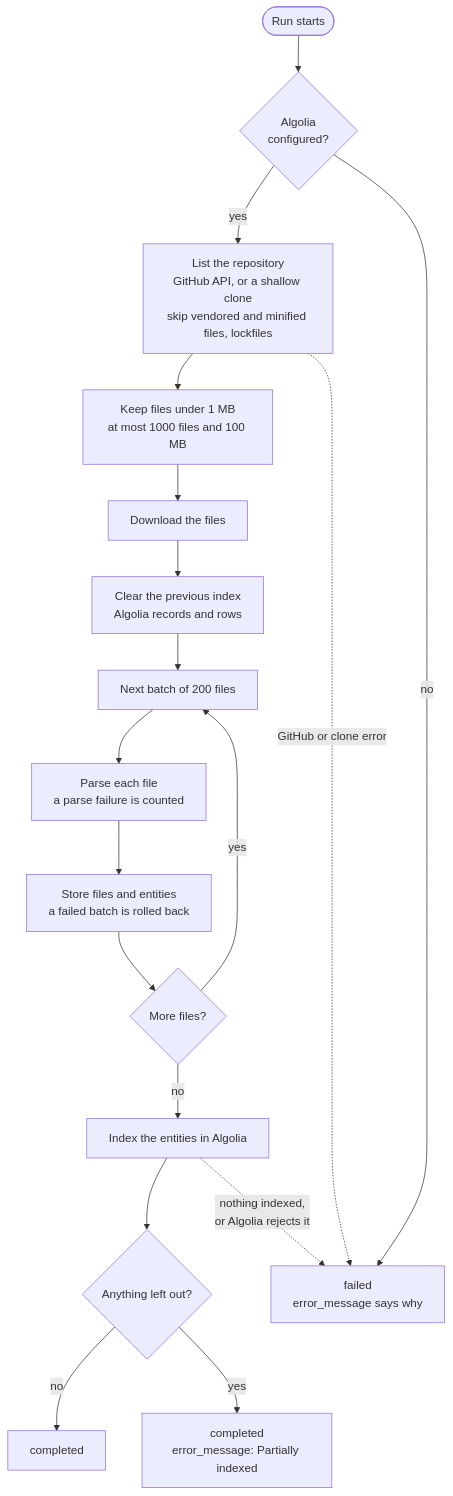
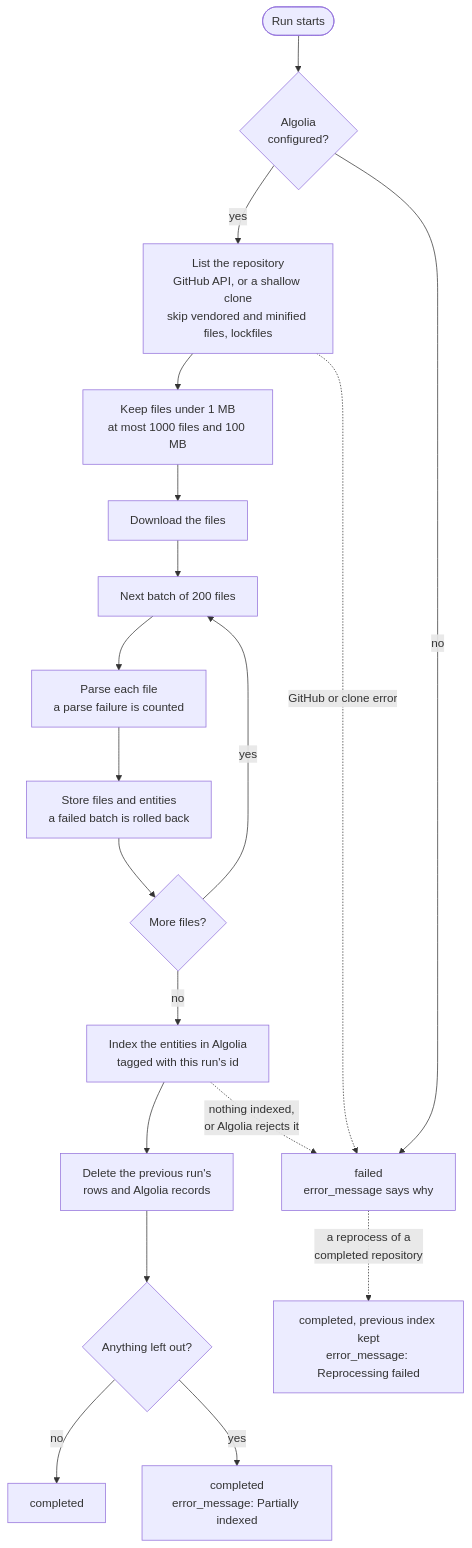
One commit to ntanwir10/codesage-algolia-challenge changed the fourth of 8 diagrams in README.md. Above: the diagram before and after it, drawn with Mermaid. The commit also changed other lines of this file and 6 other files, not shown here.

First line of the commit message:
Docs: match the code (reprocess keeps the previous index, run ids, five dashboard routes, polling, jobs table)

````diff
--- a/README.md
+++ b/README.md
@@ -104,20 +104,21 @@
 ```mermaid
 flowchart TD
     start(["Run starts"]) --> configured{"Algolia<br/>configured?"}
     configured -- "yes" --> fetch["List the repository<br/>GitHub API, or a shallow clone<br/>skip vendored and minified files, lockfiles"]
     fetch --> select["Keep files under 1 MB<br/>at most 1000 files and 100 MB"]
     select --> download["Download the files"]
-    download --> clear["Clear the previous index<br/>Algolia records and rows"]
-    clear --> batch["Next batch of 200 files"]
+    download --> batch["Next batch of 200 files"]
     batch --> parse["Parse each file<br/>a parse failure is counted"]
     parse --> store["Store files and entities<br/>a failed batch is rolled back"]
     store --> more{"More files?"}
     more -- "yes" --> batch
-    more -- "no" --> index["Index the entities in Algolia"]
-    index --> skipped{"Anything left out?"}
+    more -- "no" --> index["Index the entities in Algolia<br/>tagged with this run's id"]
+    index --> clear["Delete the previous run's<br/>rows and Algolia records"]
+    clear --> skipped{"Anything left out?"}
     skipped -- "no" --> completed["completed"]
     skipped -- "yes" --> partial["completed<br/>error_message: Partially indexed"]
     configured -- "no" --> failed["failed<br/>error_message says why"]
+    failed -. "a reprocess of a<br/>completed repository" .-> kept["completed, previous index kept<br/>error_message: Reprocessing failed"]
     fetch -. "GitHub or clone error" .-> failed
     index -. "nothing indexed,<br/>or Algolia rejects it" .-> failed
 ```
````
